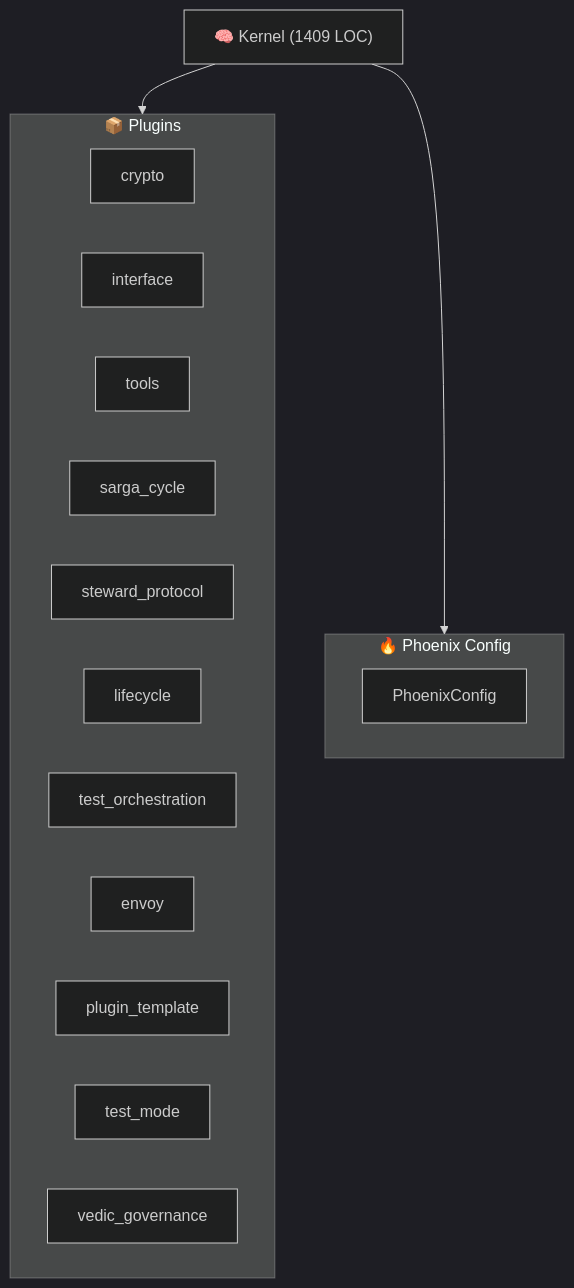
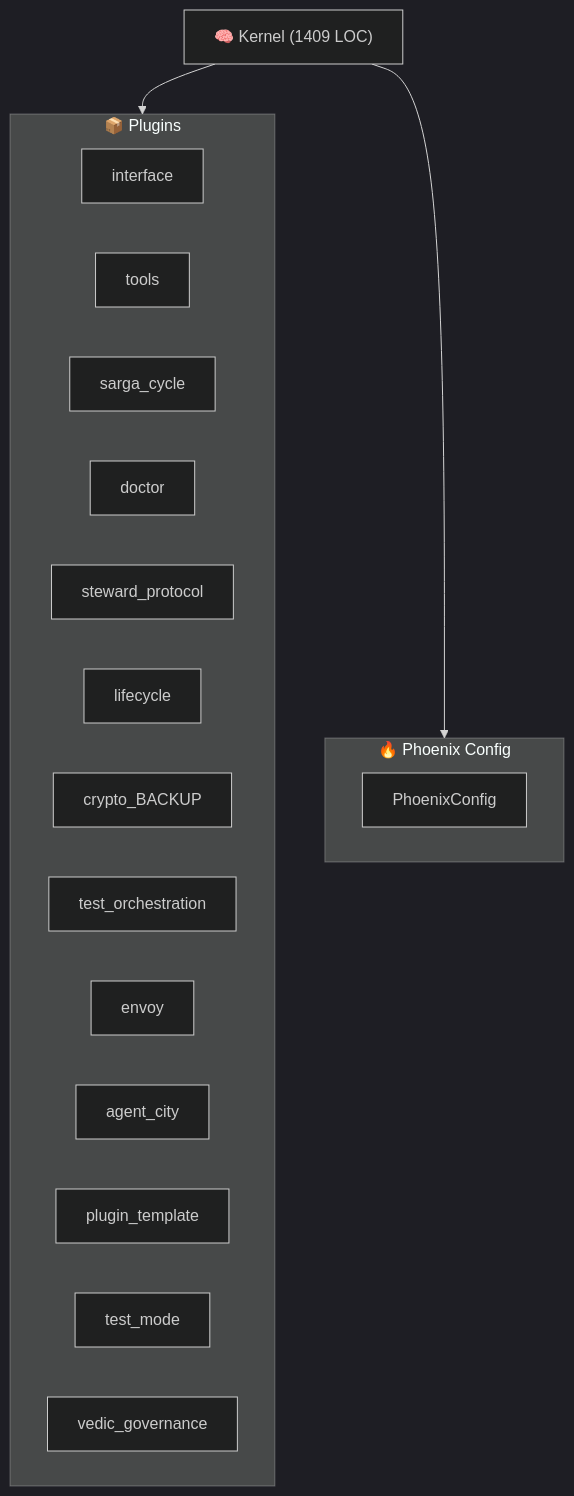
The diagram in ARCHITECTURE.md (kimeisele/steward-protocol), drawn with Mermaid (dark theme) before and after one commit. The commit also changed other lines of this file and 14 other files, not shown here.

````diff
--- a/ARCHITECTURE.md
+++ b/ARCHITECTURE.md
@@ -8,22 +8,24 @@
 ```mermaid
 graph TB
     K["🧠 Kernel (1409 LOC)"]
     subgraph Plugins["📦 Plugins"]
-        P_crypto["crypto"]
         P_interface["interface"]
         P_tools["tools"]
         P_sarga_cycle["sarga_cycle"]
+        P_doctor["doctor"]
         P_steward_protocol["steward_protocol"]
         P_lifecycle["lifecycle"]
+        P_crypto_BACKUP["crypto_BACKUP"]
         P_test_orchestration["test_orchestration"]
         P_envoy["envoy"]
+        P_agent_city["agent_city"]
         P_plugin_template["plugin_template"]
         P_test_mode["test_mode"]
         P_vedic_governance["vedic_governance"]
     end
     K --> Plugins
     subgraph Config["🔥 Phoenix Config"]
         PC[PhoenixConfig]
     end
     K --> Config
 ```
````
